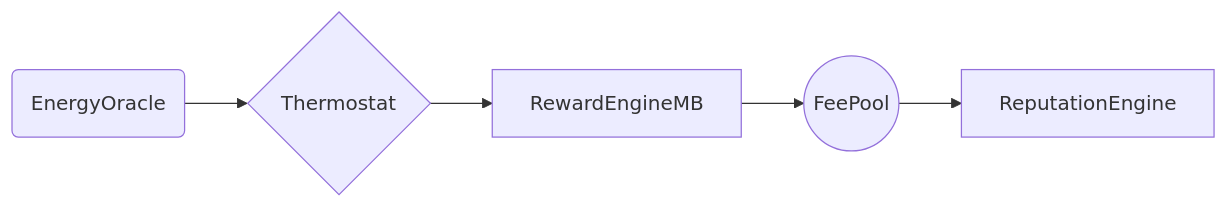
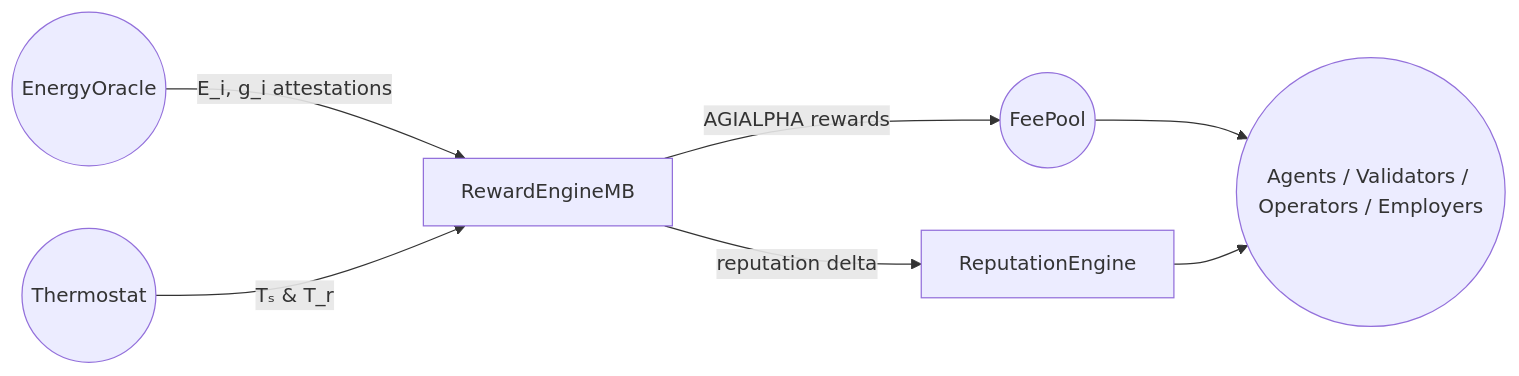
One commit to MontrealAI/AGIJobsv0 changed the first of 2 diagrams in docs/universal-platform-incentive-architecture.md. Above: the diagram before and after it, drawn with Mermaid. The commit also changed other lines of this file and 1 other file, not shown here.

Commit message:
docs: add thermodynamic incentive diagrams

````diff
--- a/docs/universal-platform-incentive-architecture.md
+++ b/docs/universal-platform-incentive-architecture.md
@@ -32,7 +32,9 @@
 ```mermaid
-flowchart LR
-    Oracle(EnergyOracle) --> Thermostat{Thermostat}
-    Thermostat --> Engine[RewardEngineMB]
-    Engine --> FeePool((FeePool))
-    FeePool --> Reputation[ReputationEngine]
+graph LR
+    Oracle((EnergyOracle)) -- "E_i, g_i attestations" --> Engine[RewardEngineMB]
+    Thermostat((Thermostat)) -- "Tₛ & T_r" --> Engine
+    Engine -- "AGIALPHA rewards" --> FeePool((FeePool))
+    Engine -- "reputation delta" --> Reputation[ReputationEngine]
+    FeePool --> Roles((Agents / Validators / Operators / Employers))
+    Reputation --> Roles
 ```
````
